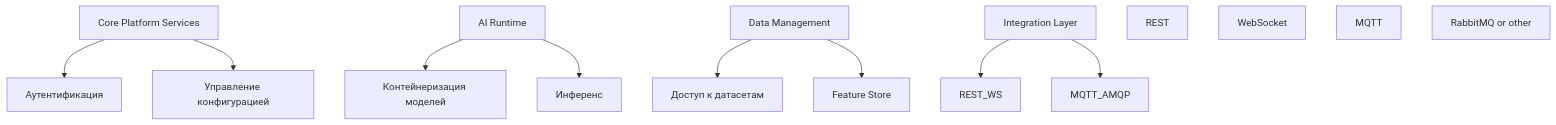
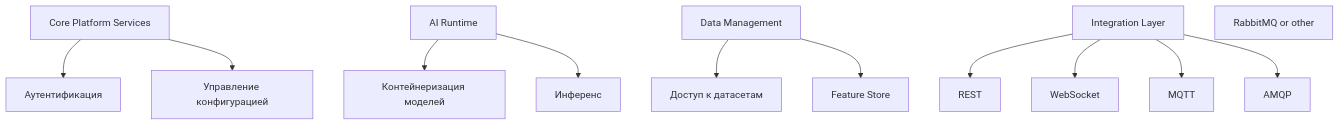
One commit to kat-spb/JustTests changed the third of 9 diagrams in archi_presentation2.md. Above: the diagram before and after it, drawn with Mermaid. The commit also changed other lines of this file, not shown here.

````diff
--- a/archi_presentation2.md
+++ b/archi_presentation2.md
@@ -52,32 +52,34 @@
 ```mermaid
 graph TD
     Core[Core Platform Services]
     Auth[Аутентификация]
     ConfigMgmt[Управление конфигурацией]
 
     AIRuntime[AI Runtime]
     Containerization[Контейнеризация моделей]
     Inference[Инференс]
 
     DataMgmt[Data Management]
     Datasets[Доступ к датасетам]
     FeatureStore[Feature Store]
 
     Integration[Integration Layer]
     REST[REST]
     WS[WebSocket]
     MQTT[MQTT]
     Event_BUS[RabbitMQ or other]
 
     Core --> Auth
     Core --> ConfigMgmt
 
     AIRuntime --> Containerization
     AIRuntime --> Inference
 
     DataMgmt --> Datasets
     DataMgmt --> FeatureStore
 
-    Integration --> REST_WS
-    Integration --> MQTT_AMQP
+    Integration --> REST
+    Integration --> WS
+    Integration --> MQTT
+    Integration --> AMQP
 ```
````
